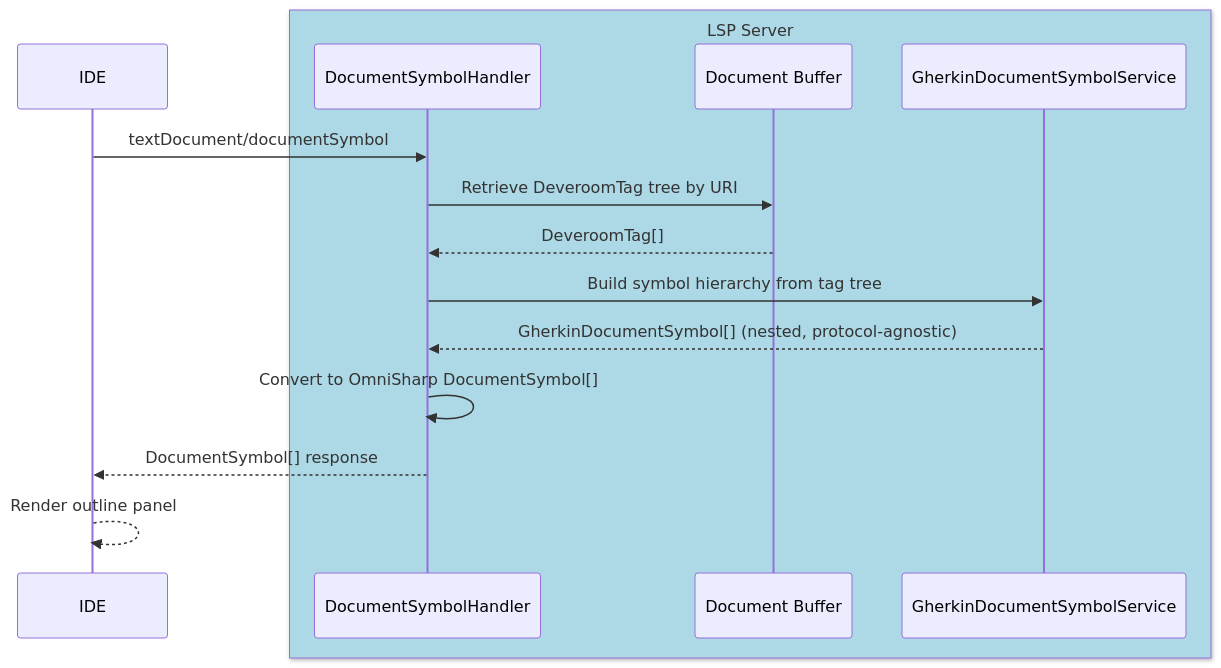
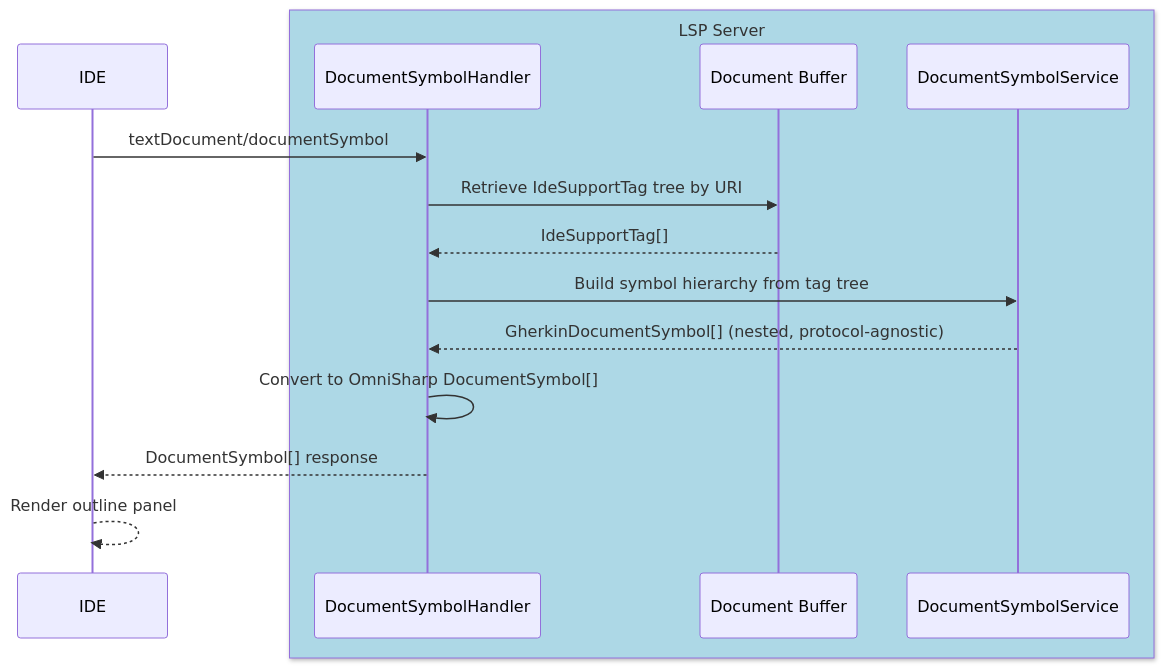
The ninth of 22 diagrams in docs/LSP-IDE-Support-Feature-Designs.md (reqnroll/Reqnroll.IdeSupport), drawn with Mermaid before and after one commit. The commit also changed other lines of this file and 2 other files, not shown here.

First line of the commit message:
Refresh Architecture/Feature-Designs docs after the #521-524/#530 refactor

````diff
--- a/docs/LSP-IDE-Support-Feature-Designs.md
+++ b/docs/LSP-IDE-Support-Feature-Designs.md
@@ -717,19 +717,19 @@
 ```mermaid
 sequenceDiagram
     participant IDE
 
     box LightBlue LSP Server
         participant FDSH as DocumentSymbolHandler
         participant DB as Document Buffer
-        participant SS as GherkinDocumentSymbolService
+        participant SS as DocumentSymbolService
     end
 
     IDE->>FDSH: textDocument/documentSymbol
-    FDSH->>DB: Retrieve DeveroomTag tree by URI
-    DB-->>FDSH: DeveroomTag[]
+    FDSH->>DB: Retrieve IdeSupportTag tree by URI
+    DB-->>FDSH: IdeSupportTag[]
     FDSH->>SS: Build symbol hierarchy from tag tree
     SS-->>FDSH: GherkinDocumentSymbol[] (nested, protocol-agnostic)
     FDSH->>FDSH: Convert to OmniSharp DocumentSymbol[]
     FDSH-->>IDE: DocumentSymbol[] response
     IDE-->>IDE: Render outline panel
 ```
````
